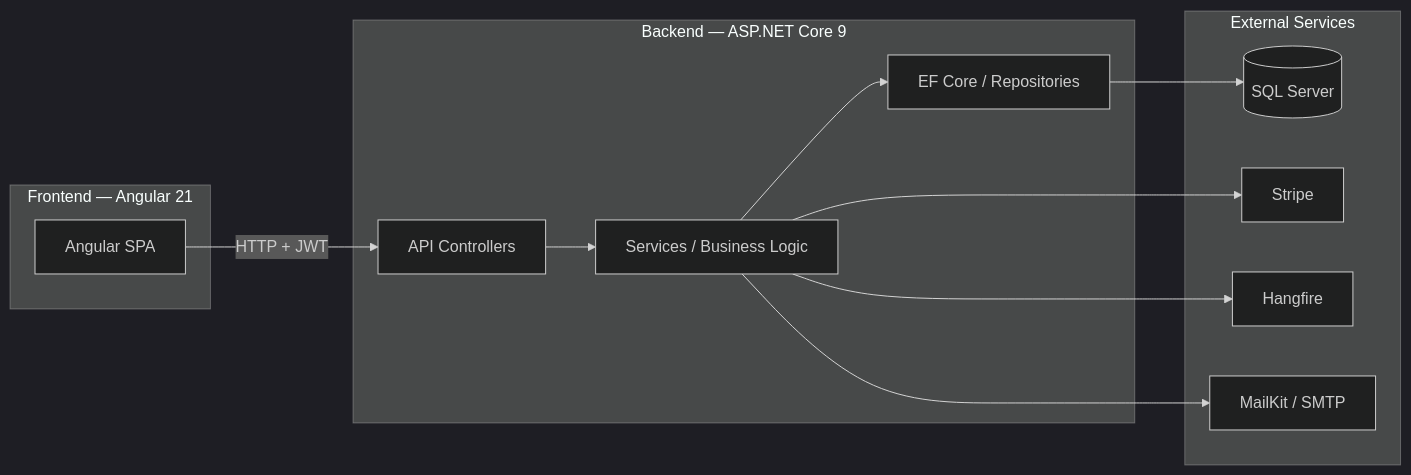
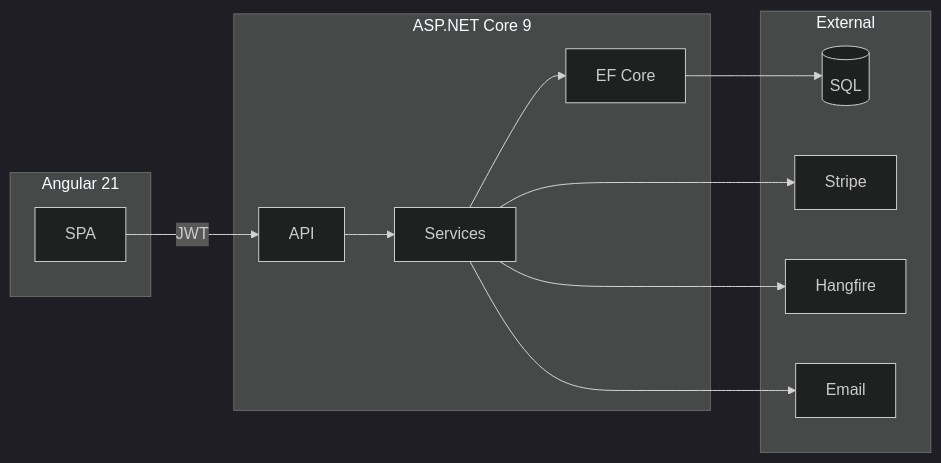
One commit to OmarAbouelkheirr/CinemaVerse changed the first of 3 diagrams in README.md. Above: the diagram before and after it, drawn with Mermaid (dark theme). The commit also changed other lines of this file, not shown here.

Commit message:
docs: remove Getting Started, simplify Architecture diagrams, split Movie Browsing table

````diff
--- a/README.md
+++ b/README.md
@@ -142,27 +143,15 @@
 ```mermaid
 graph LR
-    subgraph Frontend["Frontend — Angular 21"]
-        A[Angular SPA]
+    subgraph Frontend["Angular 21"]
+        A[SPA]
     end
-
-    subgraph Backend["Backend — ASP.NET Core 9"]
-        B[API Controllers]
-        C[Services / Business Logic]
-        D[EF Core / Repositories]
+    subgraph Backend["ASP.NET Core 9"]
+        B[API] --> C[Services] --> D[EF Core]
     end
-
-    subgraph External["External Services"]
-        E[(SQL Server)]
-        F[Stripe]
-        G[Hangfire]
-        H[MailKit / SMTP]
+    subgraph External["External"]
+        E[(SQL)] & F[Stripe] & G[Hangfire] & H[Email]
     end
-
-    A -->|HTTP + JWT| B
-    B --> C
-    C --> D
+    A -->|JWT| B
     D --> E
-    C --> F
-    C --> G
-    C --> H
+    C --> F & G & H
 ```
````
